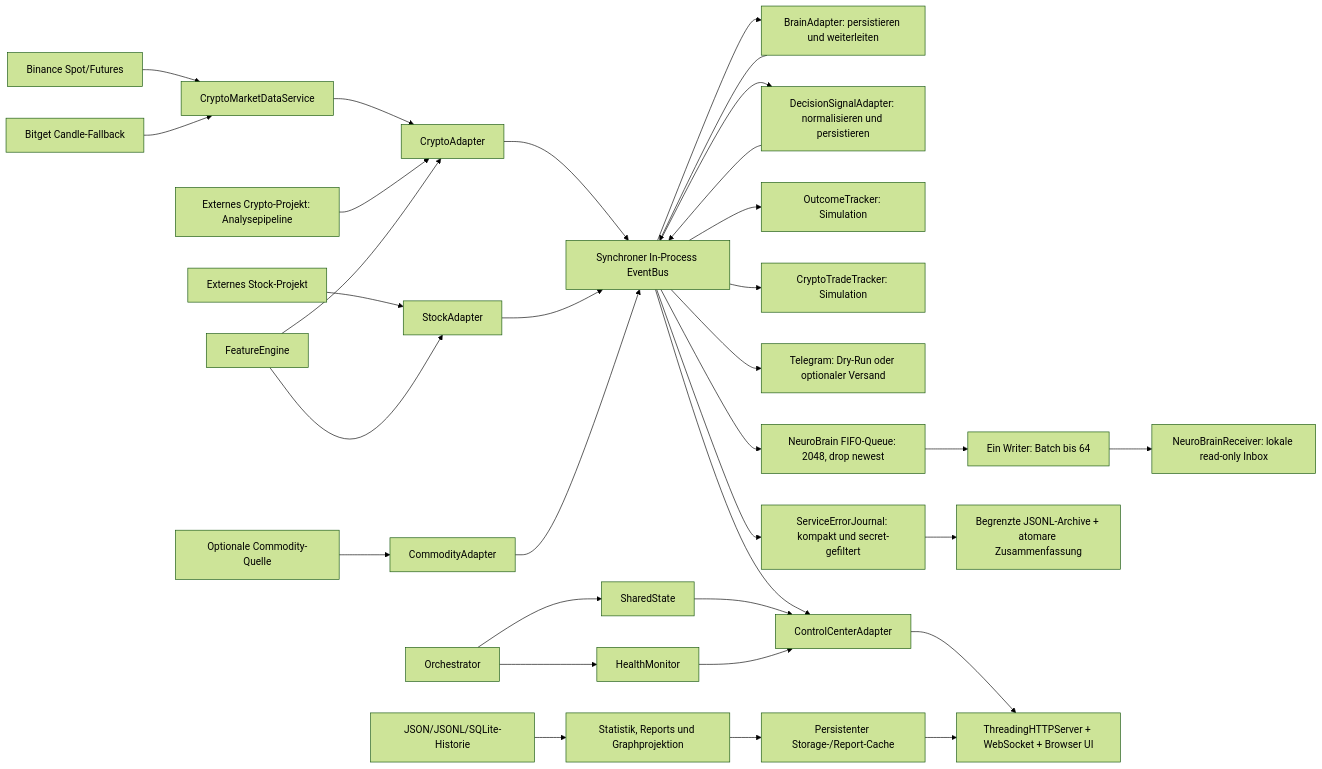
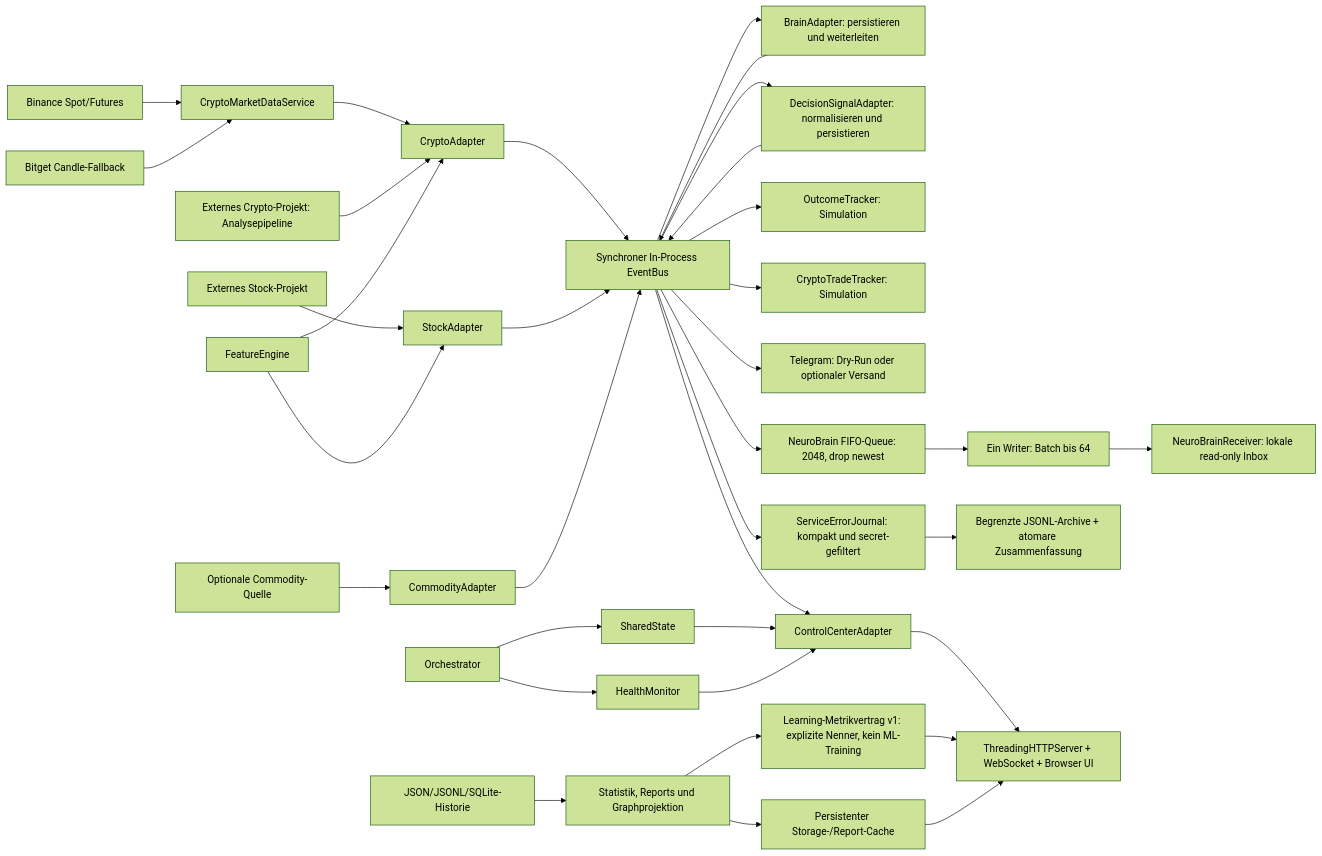
One commit to cRioshy/Pando changed the first of 7 diagrams in docs/ARCHITECTURE.md. Above: the diagram before and after it, drawn with Mermaid (forest theme). The commit also changed other lines of this file and 20 other files, not shown here.

````diff
--- a/docs/ARCHITECTURE.md
+++ b/docs/ARCHITECTURE.md
@@ -9,35 +9,37 @@
 ```mermaid
 flowchart LR
     BN["Binance Spot/Futures"] --> CM["CryptoMarketDataService"]
     BG["Bitget Candle-Fallback"] --> CM
     CM --> CA["CryptoAdapter"]
     CE["Externes Crypto-Projekt: Analysepipeline"] --> CA
     SE["Externes Stock-Projekt"] --> SA["StockAdapter"]
     CP["Optionale Commodity-Quelle"] --> CO["CommodityAdapter"]
     FE["FeatureEngine"] --> CA
     FE --> SA
     CA --> EB["Synchroner In-Process EventBus"]
     SA --> EB
     CO --> EB
     EB --> BA["BrainAdapter: persistieren und weiterleiten"]
     BA --> EB
     EB --> DC["DecisionSignalAdapter: normalisieren und persistieren"]
     DC --> EB
     EB --> OT["OutcomeTracker: Simulation"]
     EB --> CT["CryptoTradeTracker: Simulation"]
     EB --> TG["Telegram: Dry-Run oder optionaler Versand"]
     EB --> NQ["NeuroBrain FIFO-Queue: 2048, drop newest"]
     NQ --> NW["Ein Writer: Batch bis 64"]
     NW --> NB["NeuroBrainReceiver: lokale read-only Inbox"]
     EB --> CC["ControlCenterAdapter"]
     EB --> EJ["ServiceErrorJournal: kompakt und secret-gefiltert"]
     EJ --> EF["Begrenzte JSONL-Archive + atomare Zusammenfassung"]
     OR["Orchestrator"] --> SS["SharedState"]
     OR --> HM["HealthMonitor"]
     SS --> CC
     HM --> CC
     CC --> WEB["ThreadingHTTPServer + WebSocket + Browser UI"]
     LEDGER["JSON/JSONL/SQLite-Historie"] --> ST["Statistik, Reports und Graphprojektion"]
+    ST --> LM["Learning-Metrikvertrag v1: explizite Nenner, kein ML-Training"]
     ST --> CACHE["Persistenter Storage-/Report-Cache"]
+    LM --> WEB
     CACHE --> WEB
 ```
````
